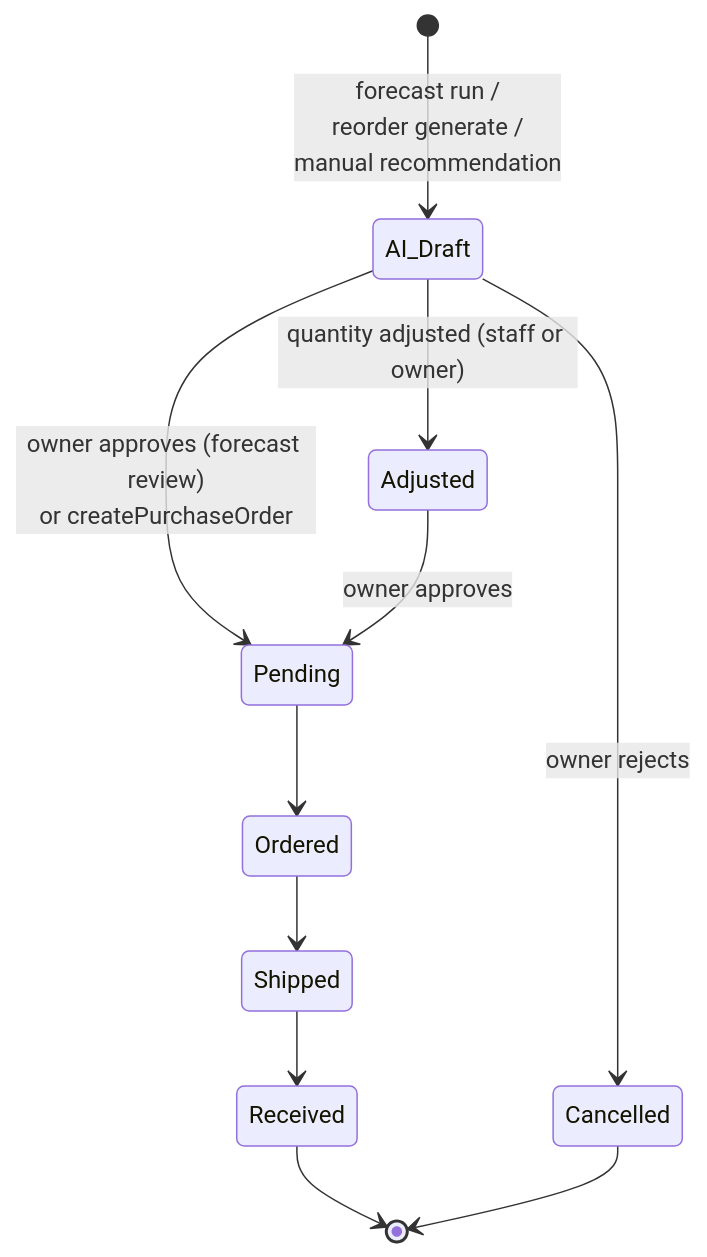
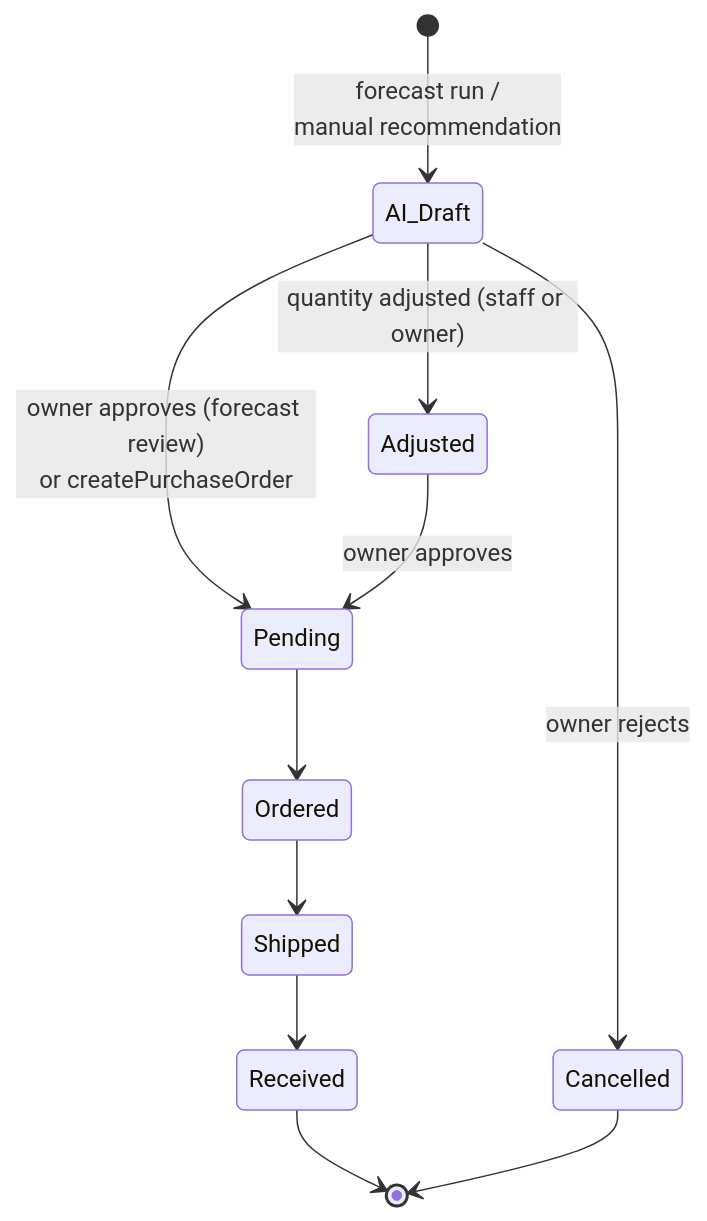
The third of 5 diagrams in docs/core-flows.md (USER1043/MediStock_AI), drawn with Mermaid before and after one commit. The commit also changed other lines of this file and 11 other files, not shown here.

````diff
--- a/docs/core-flows.md
+++ b/docs/core-flows.md
@@ -149,13 +149,13 @@
 ```mermaid
 stateDiagram-v2
-    [*] --> AI_Draft: forecast run /<br/>reorder generate /<br/>manual recommendation
+    [*] --> AI_Draft: forecast run /<br/>manual recommendation
     AI_Draft --> Pending: owner approves (forecast review)<br/>or createPurchaseOrder
     AI_Draft --> Adjusted: quantity adjusted (staff or owner)
     Adjusted --> Pending: owner approves
     AI_Draft --> Cancelled: owner rejects
     Pending --> Ordered
     Ordered --> Shipped
     Shipped --> Received
     Received --> [*]
     Cancelled --> [*]
 ```
````
